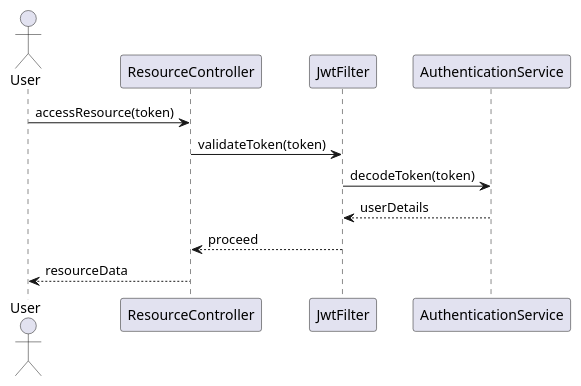
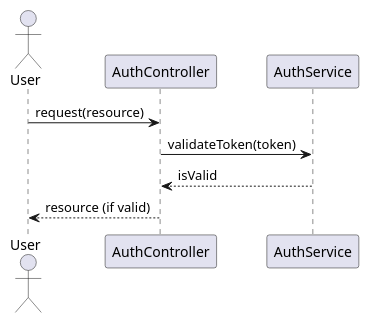
One commit to Dinesh-s95/AutoDoc.ai changed the third of 4 diagrams in enrollment/documentation/detaileddesign.adoc. Above: the diagram before and after it, drawn with PlantUML. The commit also changed other lines of this file and 4 other files, not shown here.

```diff
--- a/enrollment/documentation/detaileddesign.adoc
+++ b/enrollment/documentation/detaileddesign.adoc
@@ -214,16 +226,13 @@
 [plantuml, jwt-validation-sequence, png]
 ----
 @startuml
-actor User as user
-participant "ResourceController" as resource
-participant "JwtFilter" as jwtFilter
-participant "AuthenticationService" as authService
+actor User
+participant "AuthController" as Controller
+participant "AuthService" as Service
 
-user -> resource : accessResource(token)
-resource -> jwtFilter : validateToken(token)
-jwtFilter -> authService : decodeToken(token)
-authService --> jwtFilter : userDetails
-jwtFilter --> resource : proceed
-resource --> user : resourceData
+User -> Controller : request(resource)
+Controller -> Service : validateToken(token)
+Service --> Controller : isValid
+Controller --> User : resource (if valid)
 @enduml
 ----
```
